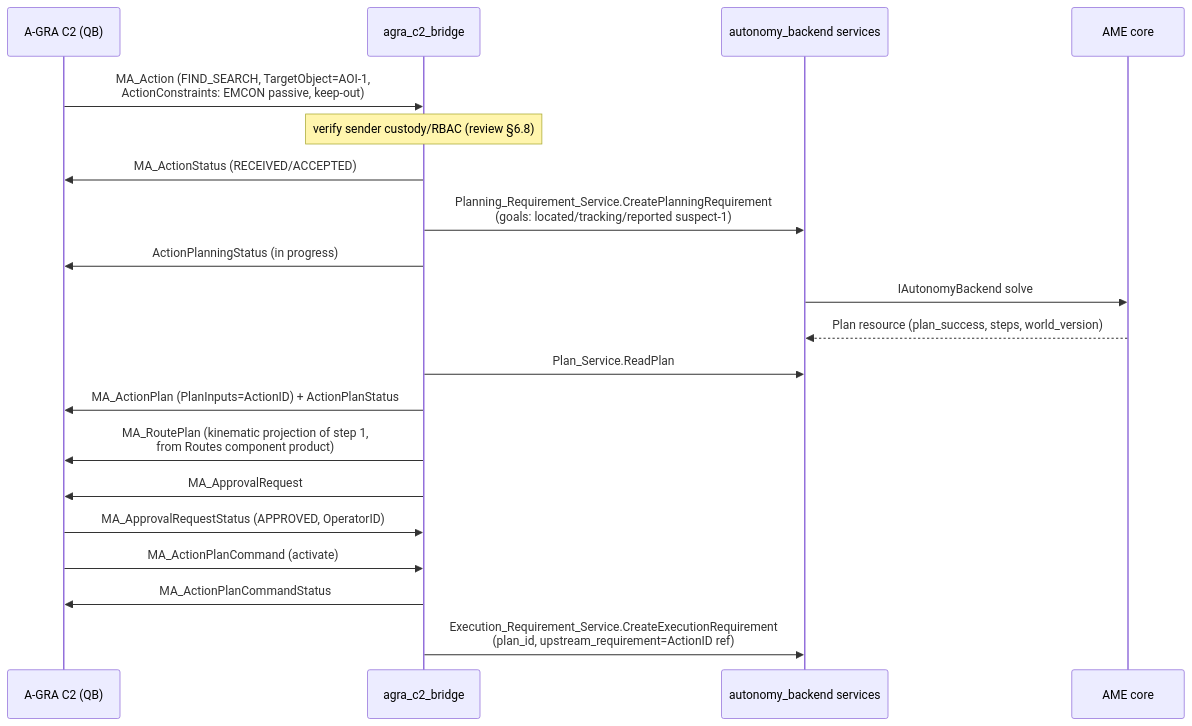
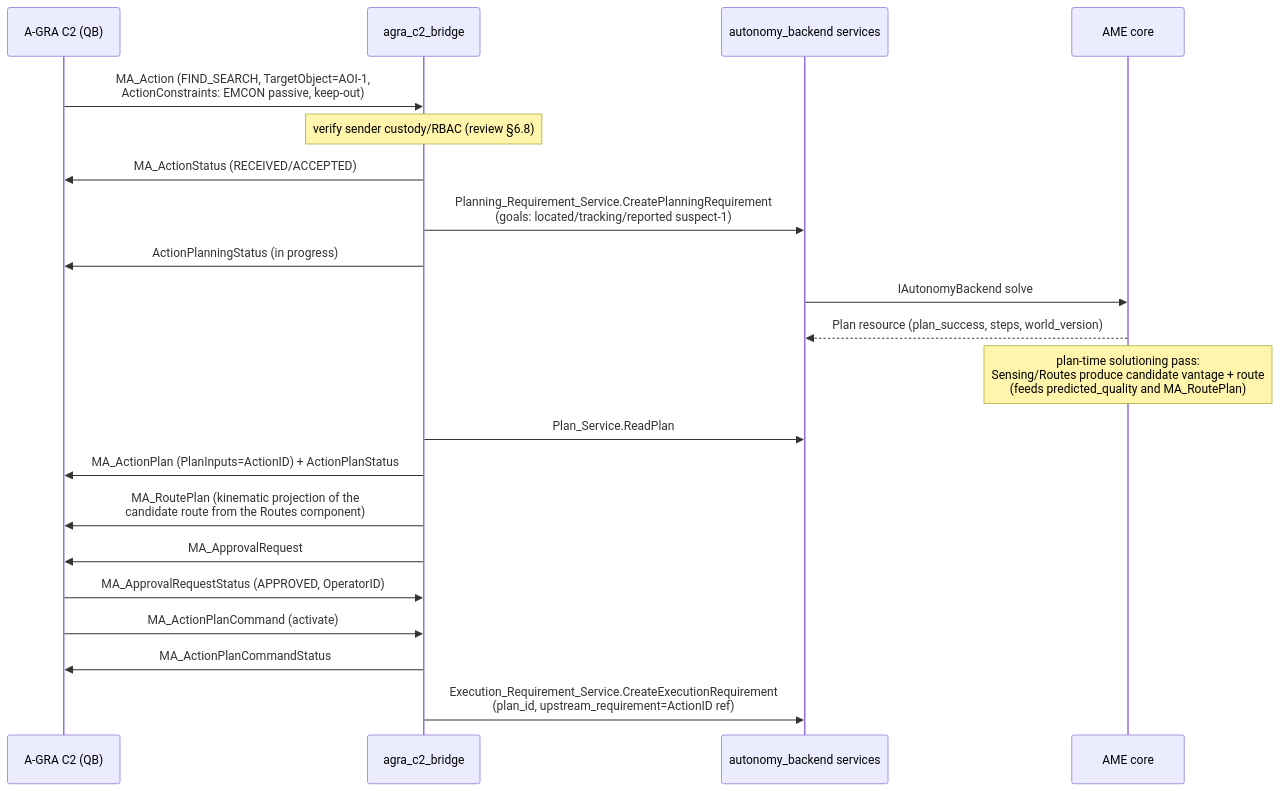
The second of 7 diagrams in doc/research/AME/a_gra_e2e_worked_example.md (Ackoogin/mujin), drawn with Mermaid before and after one commit. The commit also changed other lines of this file and 1 other file, not shown here.

````diff
--- a/doc/research/AME/a_gra_e2e_worked_example.md
+++ b/doc/research/AME/a_gra_e2e_worked_example.md
@@ -166,23 +228,24 @@
 ```mermaid
 sequenceDiagram
     participant C2 as A-GRA C2 (QB)
     participant BR as agra_c2_bridge
     participant AB as autonomy_backend services
     participant AME as AME core
 
     C2->>BR: MA_Action (FIND_SEARCH, TargetObject=AOI-1,<br/>ActionConstraints: EMCON passive, keep-out)
     Note over BR: verify sender custody/RBAC (review §6.8)
     BR->>C2: MA_ActionStatus (RECEIVED/ACCEPTED)
     BR->>AB: Planning_Requirement_Service.CreatePlanningRequirement<br/>(goals: located/tracking/reported suspect-1)
     BR->>C2: ActionPlanningStatus (in progress)
     AB->>AME: IAutonomyBackend solve
     AME-->>AB: Plan resource (plan_success, steps, world_version)
+    Note over AME: plan-time solutioning pass:<br/>Sensing/Routes produce candidate vantage + route<br/>(feeds predicted_quality and MA_RoutePlan)
     BR->>AB: Plan_Service.ReadPlan
     BR->>C2: MA_ActionPlan (PlanInputs=ActionID) + ActionPlanStatus
-    BR->>C2: MA_RoutePlan (kinematic projection of step 1,<br/>from Routes component product)
+    BR->>C2: MA_RoutePlan (kinematic projection of the<br/>candidate route from the Routes component)
     BR->>C2: MA_ApprovalRequest
     C2->>BR: MA_ApprovalRequestStatus (APPROVED, OperatorID)
     C2->>BR: MA_ActionPlanCommand (activate)
     BR->>C2: MA_ActionPlanCommandStatus
     BR->>AB: Execution_Requirement_Service.CreateExecutionRequirement<br/>(plan_id, upstream_requirement=ActionID ref)
 ```
````
